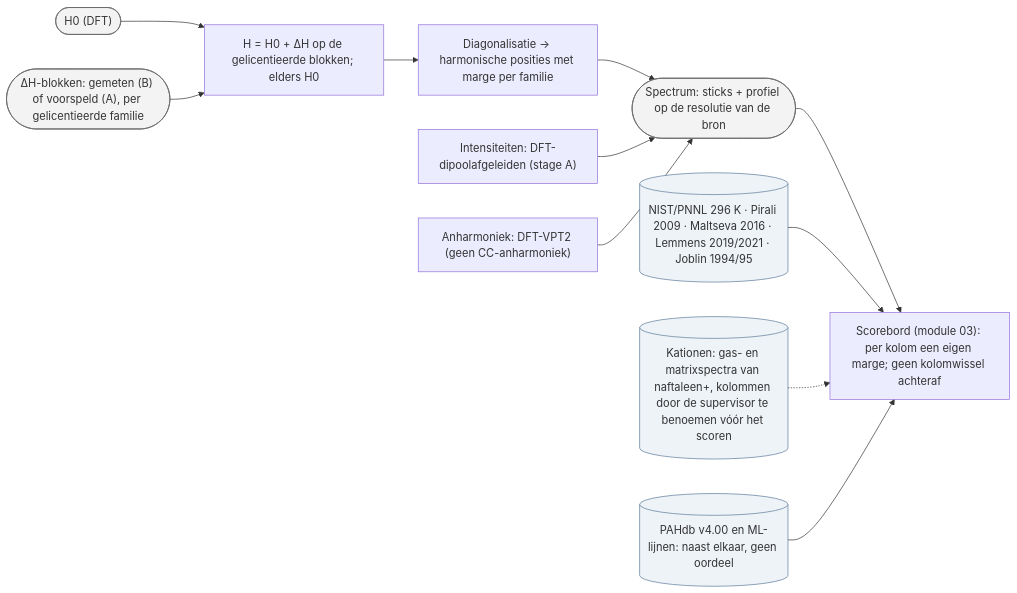
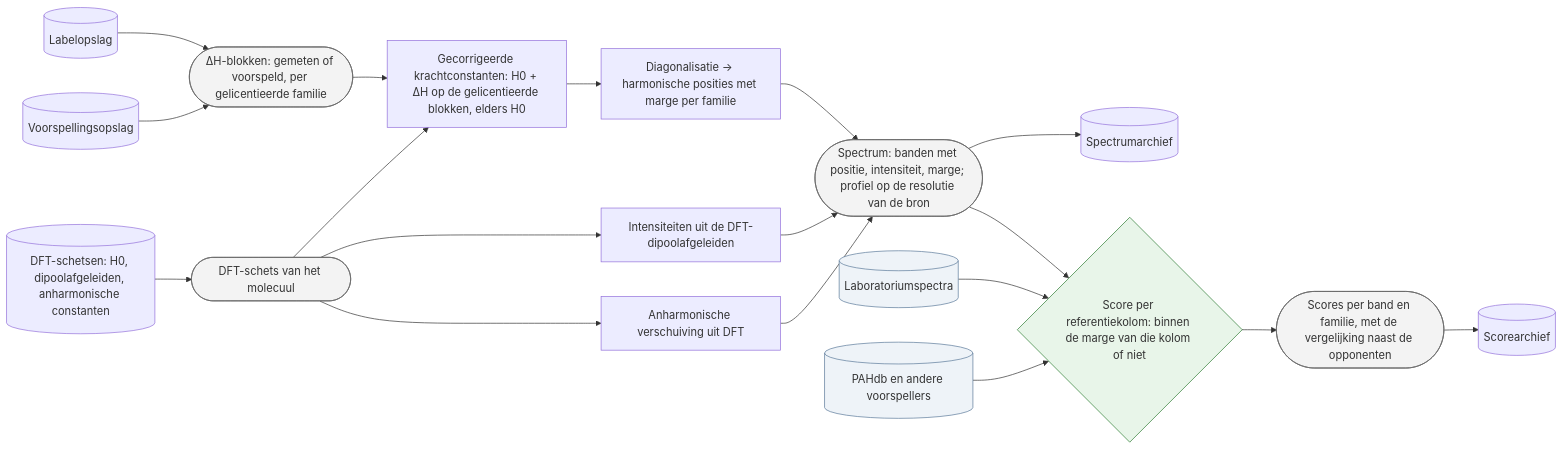
The diagram in plans/05_delta-probed-ir-pipeline/GoalGathering/architecture/30_spectrum_en_score.mmd (thebreadishard/udacity-capstone-plan), drawn with Mermaid before and after one commit. The commit also changed 5 other files, not shown here.

Commit message:
Plan 05 architecture: target architecture only (no research decisions, no compute placement); agreed legend; every pipeline from store -> data object ... data object -> store; all sheets left to right

```diff
--- a/plans/05_delta-probed-ir-pipeline/GoalGathering/architecture/30_spectrum_en_score.mmd
+++ b/plans/05_delta-probed-ir-pipeline/GoalGathering/architecture/30_spectrum_en_score.mmd
@@ -1,25 +1,36 @@
-%% Spectrum en score (niveau 3), stand 19 september 2026.
+%% Doelarchitectuur — Spectrum en score (niveau 3).
+%% Rechthoek = processtap; ronde uiteinden = data-object; cilinder = opslag; ruit = poort.
 flowchart LR
   classDef data fill:#f3f3f3,stroke:#666
   classDef ext fill:#eef3f8,stroke:#5b7a99
+  classDef gate fill:#e8f5e9,stroke:#2e7d32
 
-  H0(["H0 (DFT)"]):::data
-  DH(["ΔH-blokken: gemeten (B) of voorspeld (A), per gelicentieerde familie"]):::data
-  SUM["H = H0 + ΔH op de gelicentieerde blokken; elders H0"]
+  LABELS[("Labelopslag")]
+  PREDS[("Voorspellingsopslag")]
+  SKETCHDB[("DFT-schetsen: H0, dipoolafgeleiden, anharmonische constanten")]
+  DH(["ΔH-blokken: gemeten of voorspeld, per gelicentieerde familie"]):::data
+  H0(["DFT-schets van het molecuul"]):::data
+  SUM["Gecorrigeerde krachtconstanten: H0 + ΔH op de gelicentieerde blokken, elders H0"]
   EIG["Diagonalisatie → harmonische posities met marge per familie"]
-  INT["Intensiteiten: DFT-dipoolafgeleiden (stage A)"]
-  ANH["Anharmoniek: DFT-VPT2 (geen CC-anharmoniek)"]
-  SPEC(["Spectrum: sticks + profiel op de resolutie van de bron"]):::data
-  SB["Scorebord (module 03): per kolom een eigen marge; geen kolomwissel achteraf"]
-  LAB[("NIST/PNNL 296 K · Pirali 2009 · Maltseva 2016 · Lemmens 2019/2021 · Joblin 1994/95")]:::ext
-  CATLAB[("Kationen: gas- en matrixspectra van naftaleen+, kolommen door de supervisor te benoemen vóór het scoren")]:::ext
-  PAHDB[("PAHdb v4.00 en ML-lijnen: naast elkaar, geen oordeel")]:::ext
+  INT["Intensiteiten uit de DFT-dipoolafgeleiden"]
+  ANH["Anharmonische verschuiving uit DFT"]
+  SPEC(["Spectrum: banden met positie, intensiteit, marge; profiel op de resolutie van de bron"]):::data
+  SPECS[("Spectrumarchief")]
+  LABDB[("Laboratoriumspectra")]:::ext
+  PAHDB[("PAHdb en andere voorspellers")]:::ext
+  SB{"Score per referentiekolom: binnen de marge van die kolom of niet"}:::gate
+  RES(["Scores per band en familie, met de vergelijking naast de opponenten"]):::data
+  RESS[("Scorearchief")]
 
-  H0 --> SUM
-  DH --> SUM --> EIG --> SPEC
-  INT --> SPEC
-  ANH --> SPEC
+  LABELS --> DH
+  PREDS --> DH
+  SKETCHDB --> H0
+  DH --> SUM
+  H0 --> SUM --> EIG --> SPEC
+  H0 --> INT --> SPEC
+  H0 --> ANH --> SPEC
+  SPEC --> SPECS
   SPEC --> SB
-  LAB --> SB
-  CATLAB -.-> SB
+  LABDB --> SB
   PAHDB --> SB
+  SB --> RES --> RESS
```
